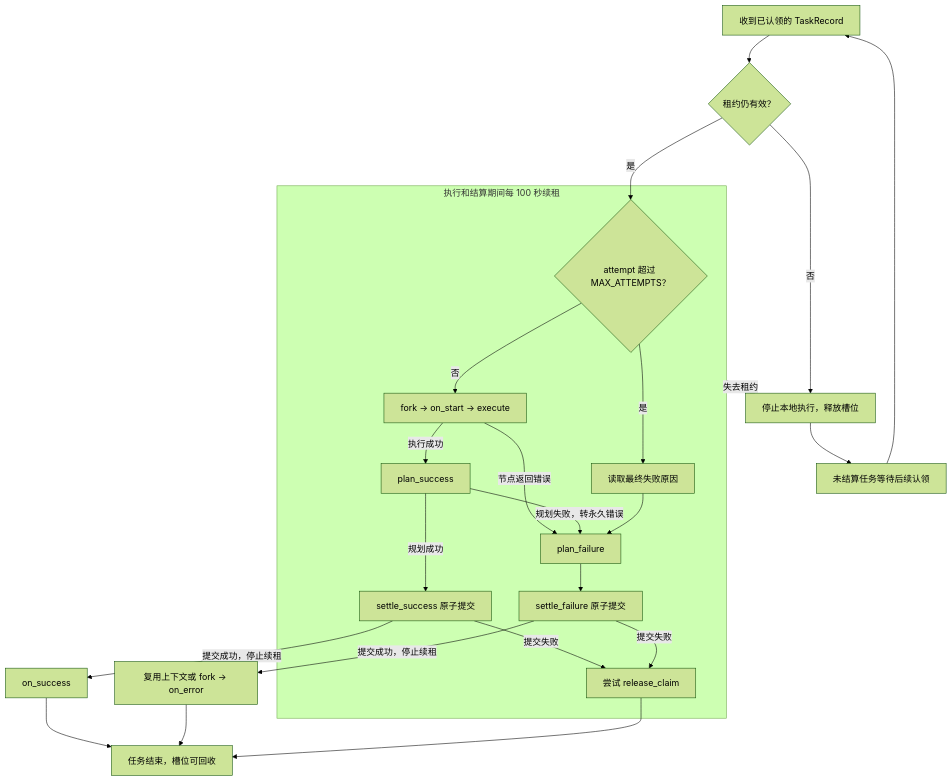
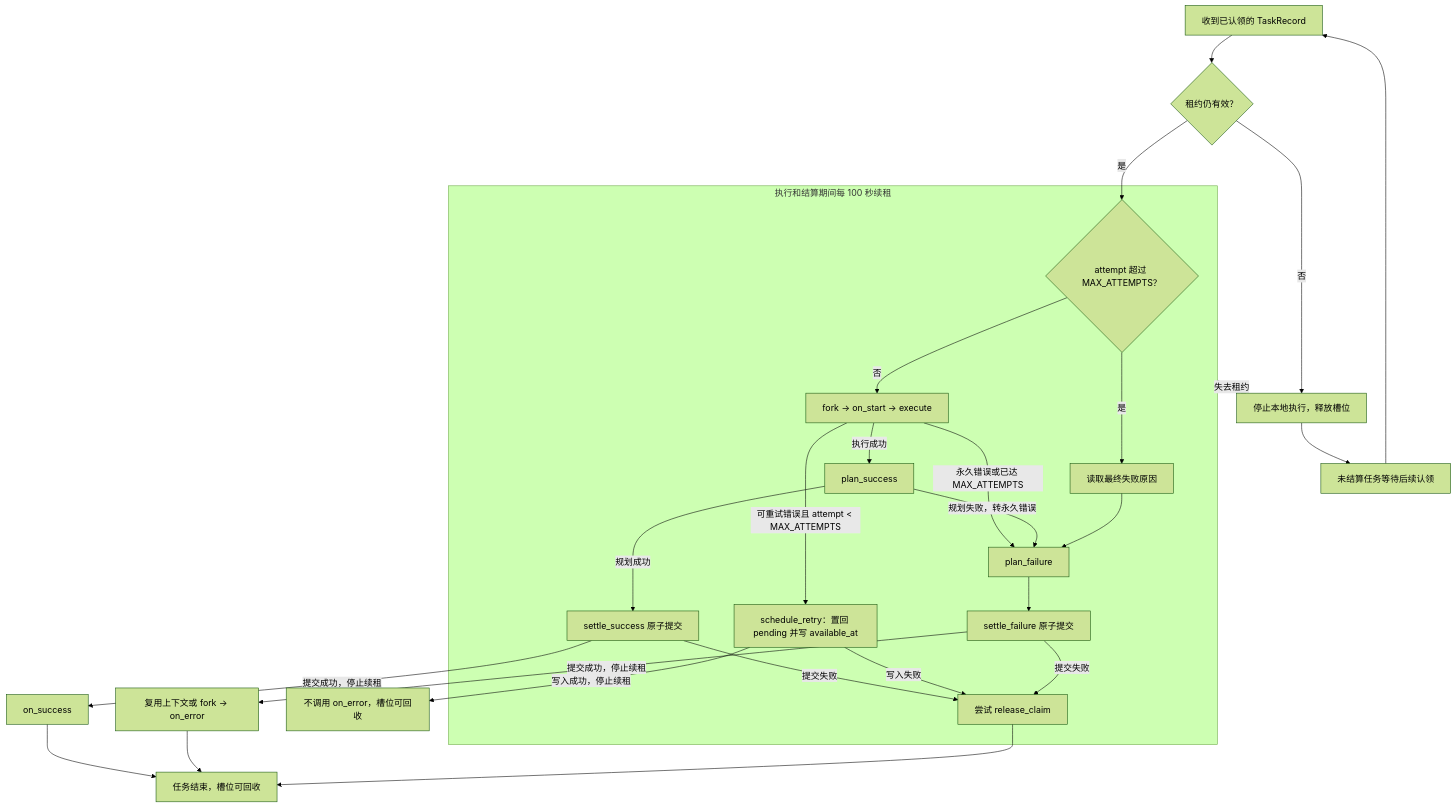
Before and after one commit to lzcers/workflow-engine: the second of 2 diagrams in docs/scheduler-design.md, drawn with Mermaid (forest theme). The commit also changed other lines of this file and 3 other files, not shown here.

````diff
--- a/docs/scheduler-design.md
+++ b/docs/scheduler-design.md
@@ -127,27 +130,30 @@
 ```mermaid
 flowchart TD
     Claim["收到已认领的 TaskRecord"] --> Valid{"租约仍有效？"}
     Valid -- 否 --> Stop["停止本地执行，释放槽位"]
     Valid -- 是 --> Budget
     subgraph Leased["执行和结算期间每 100 秒续租"]
         Budget{"attempt 超过 MAX_ATTEMPTS？"}
         Budget -- 否 --> Execute["fork → on_start → execute"]
         Execute -- "执行成功" --> PlanSuccess["plan_success"]
-        Execute -- "节点返回错误" --> PlanFailure["plan_failure"]
+        Execute -- "可重试错误且 attempt < MAX_ATTEMPTS" --> Retry["schedule_retry：置回 pending 并写 available_at"]
+        Execute -- "永久错误或已达 MAX_ATTEMPTS" --> PlanFailure["plan_failure"]
         PlanSuccess -- "规划失败，转永久错误" --> PlanFailure
         Budget -- 是 --> Recover["读取最终失败原因"]
         Recover --> PlanFailure
         PlanSuccess -- "规划成功" --> Success["settle_success 原子提交"]
         PlanFailure --> Failure["settle_failure 原子提交"]
         Success -- "提交失败" --> Release["尝试 release_claim"]
+        Retry -- "写入失败" --> Release
         Failure -- "提交失败" --> Release
     end
     Success -- "提交成功，停止续租" --> Callback["on_success"]
+    Retry -- "写入成功，停止续租" --> RetryDone["不调用 on_error，槽位可回收"]
     Failure -- "提交成功，停止续租" --> ErrorCallback["复用上下文或 fork → on_error"]
     Callback --> Done["任务结束，槽位可回收"]
     ErrorCallback --> Done
     Release --> Done
     Leased -- "失去租约" --> Stop
     Stop --> Reclaim["未结算任务等待后续认领"]
     Reclaim --> Claim
 ```
````
